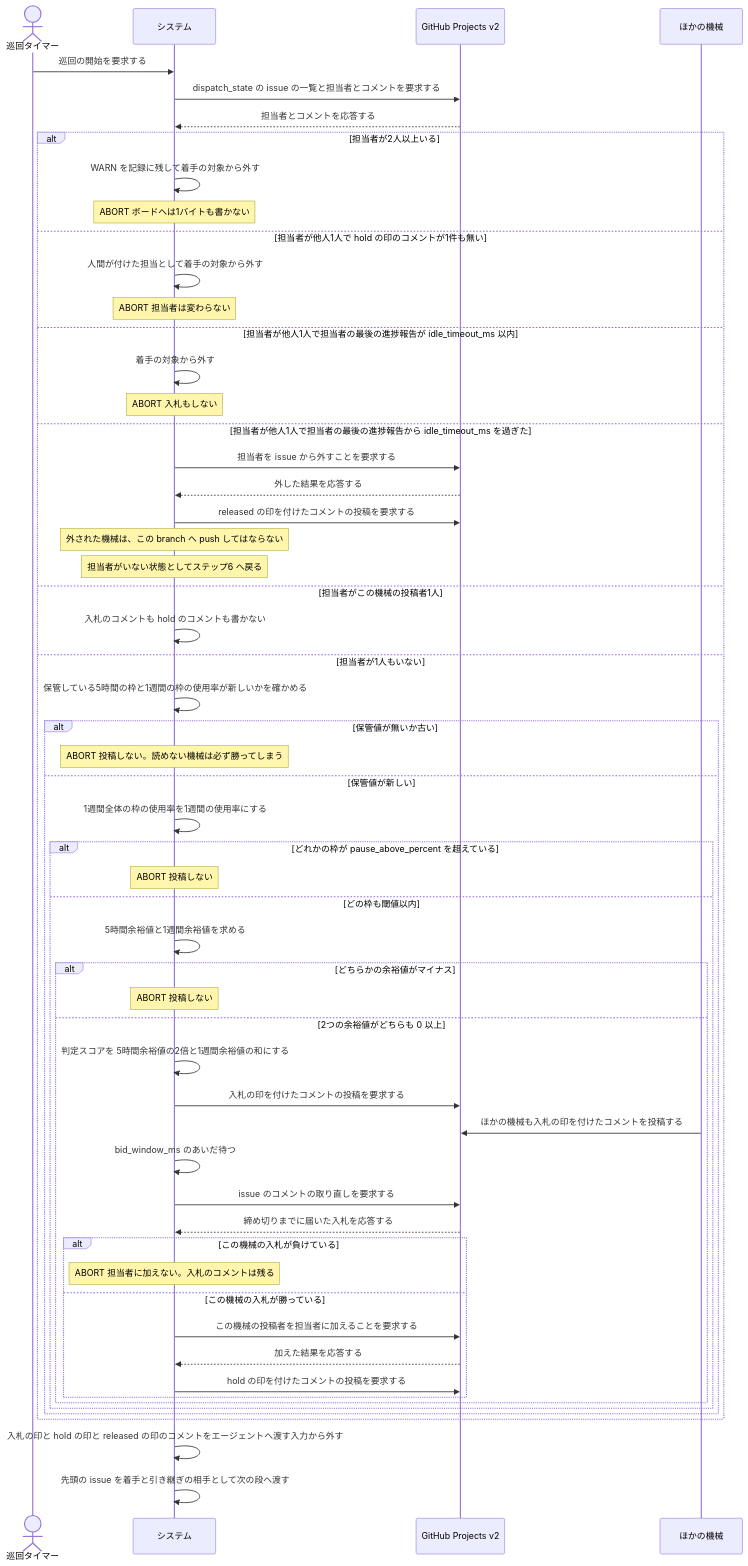
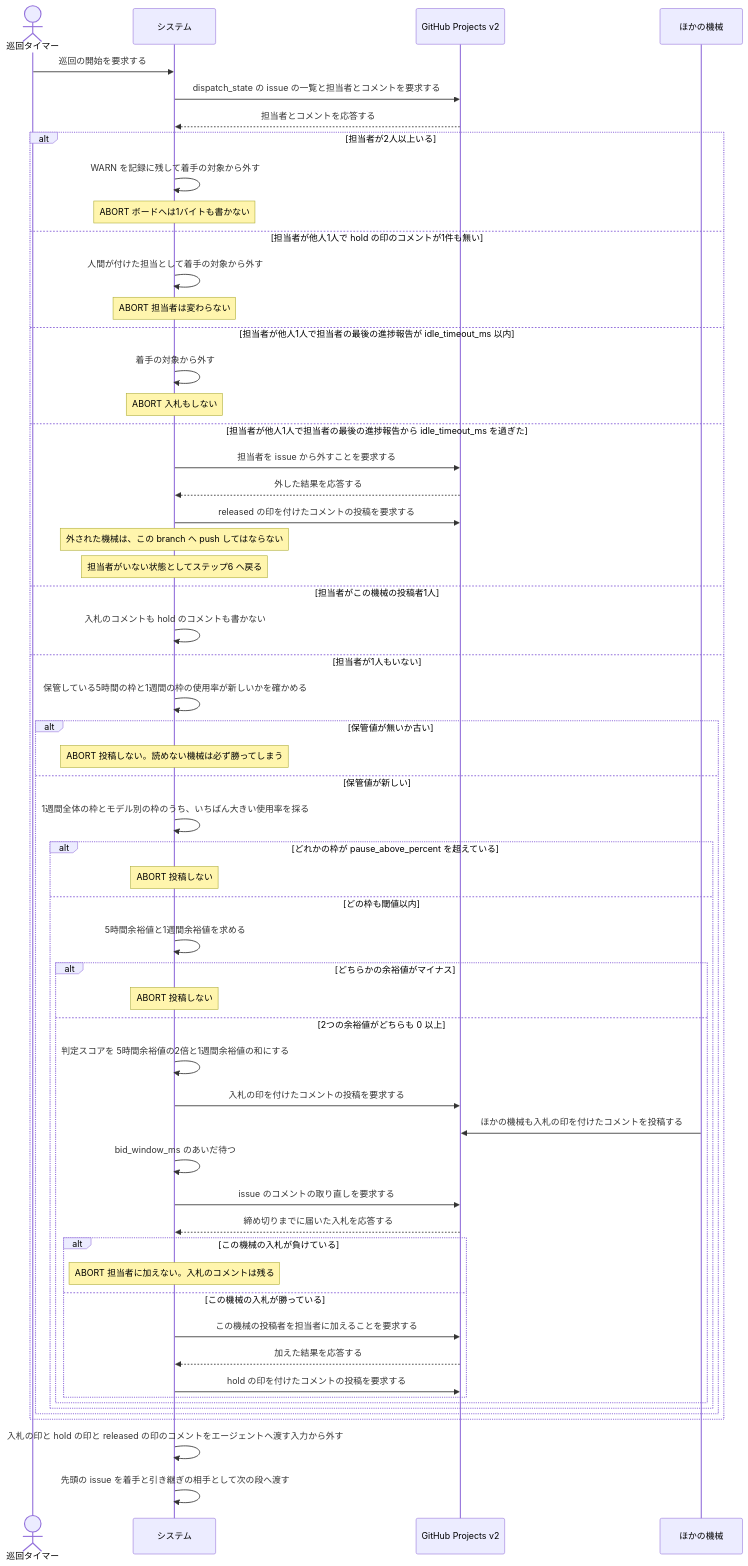
Before and after one commit to maimuzo/continuo: the second of 2 diagrams in docs/spec/usecases/particular_case/issue の担当を入札で決める.rucm.md, drawn with Mermaid. The commit also changed other lines of this file and 84 other files, not shown here.

````diff
--- a/docs/spec/usecases/particular_case/issue の担当を入札で決める.rucm.md
+++ b/docs/spec/usecases/particular_case/issue の担当を入札で決める.rucm.md
@@ -432,60 +436,60 @@
 ```mermaid
 sequenceDiagram
     actor T as 巡回タイマー
     participant S as システム
     participant GH as GitHub Projects v2
     participant M as ほかの機械
 
     T->>S: 巡回の開始を要求する
     S->>GH: dispatch_state の issue の一覧と担当者とコメントを要求する
     GH-->>S: 担当者とコメントを応答する
     alt 担当者が2人以上いる
         S->>S: WARN を記録に残して着手の対象から外す
         Note over S: ABORT ボードへは1バイトも書かない
     else 担当者が他人1人で hold の印のコメントが1件も無い
         S->>S: 人間が付けた担当として着手の対象から外す
         Note over S: ABORT 担当者は変わらない
     else 担当者が他人1人で担当者の最後の進捗報告が idle_timeout_ms 以内
         S->>S: 着手の対象から外す
         Note over S: ABORT 入札もしない
     else 担当者が他人1人で担当者の最後の進捗報告から idle_timeout_ms を過ぎた
         S->>GH: 担当者を issue から外すことを要求する
         GH-->>S: 外した結果を応答する
         S->>GH: released の印を付けたコメントの投稿を要求する
         Note over S: 外された機械は、この branch へ push してはならない
         Note over S: 担当者がいない状態としてステップ6 へ戻る
     else 担当者がこの機械の投稿者1人
         S->>S: 入札のコメントも hold のコメントも書かない
     else 担当者が1人もいない
         S->>S: 保管している5時間の枠と1週間の枠の使用率が新しいかを確かめる
         alt 保管値が無いか古い
             Note over S: ABORT 投稿しない。読めない機械は必ず勝ってしまう
         else 保管値が新しい
-            S->>S: 1週間全体の枠の使用率を1週間の使用率にする
+            S->>S: 1週間全体の枠とモデル別の枠のうち、いちばん大きい使用率を採る
             alt どれかの枠が pause_above_percent を超えている
                 Note over S: ABORT 投稿しない
             else どの枠も閾値以内
                 S->>S: 5時間余裕値と1週間余裕値を求める
                 alt どちらかの余裕値がマイナス
                     Note over S: ABORT 投稿しない
                 else 2つの余裕値がどちらも 0 以上
                     S->>S: 判定スコアを 5時間余裕値の2倍と1週間余裕値の和にする
                     S->>GH: 入札の印を付けたコメントの投稿を要求する
                     M->>GH: ほかの機械も入札の印を付けたコメントを投稿する
                     S->>S: bid_window_ms のあいだ待つ
                     S->>GH: issue のコメントの取り直しを要求する
                     GH-->>S: 締め切りまでに届いた入札を応答する
                     alt この機械の入札が負けている
                         Note over S: ABORT 担当者に加えない。入札のコメントは残る
                     else この機械の入札が勝っている
                         S->>GH: この機械の投稿者を担当者に加えることを要求する
                         GH-->>S: 加えた結果を応答する
                         S->>GH: hold の印を付けたコメントの投稿を要求する
                     end
                 end
             end
         end
     end
     S->>S: 入札の印と hold の印と released の印のコメントをエージェントへ渡す入力から外す
     S->>S: 先頭の issue を着手と引き継ぎの相手として次の段へ渡す
 ```
````
